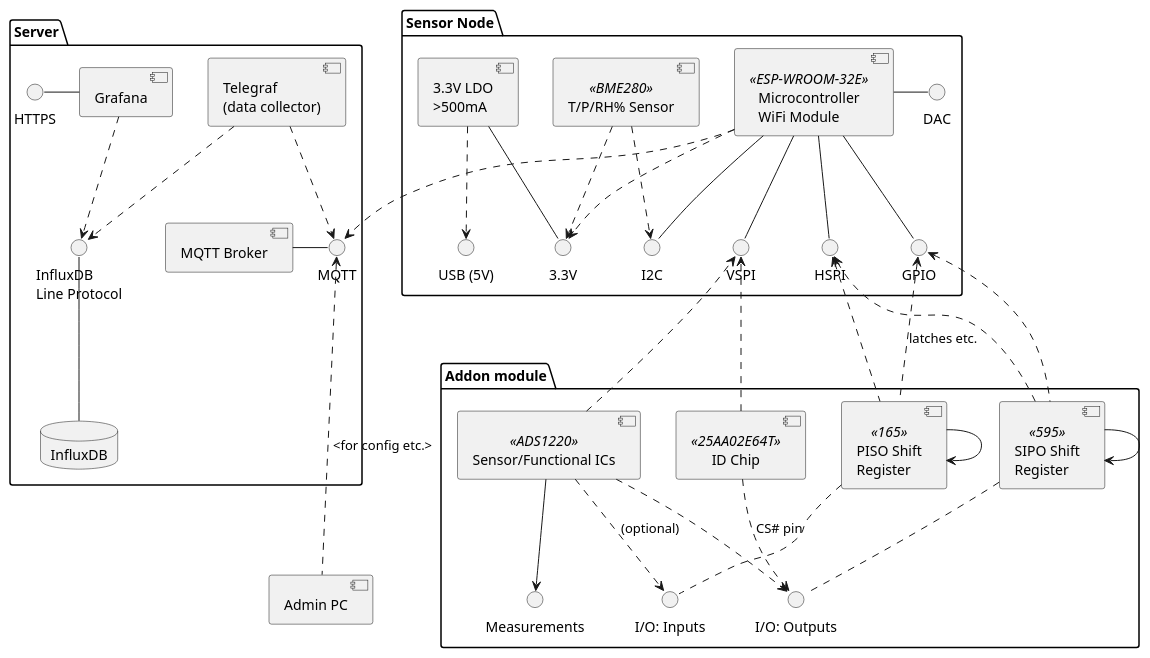
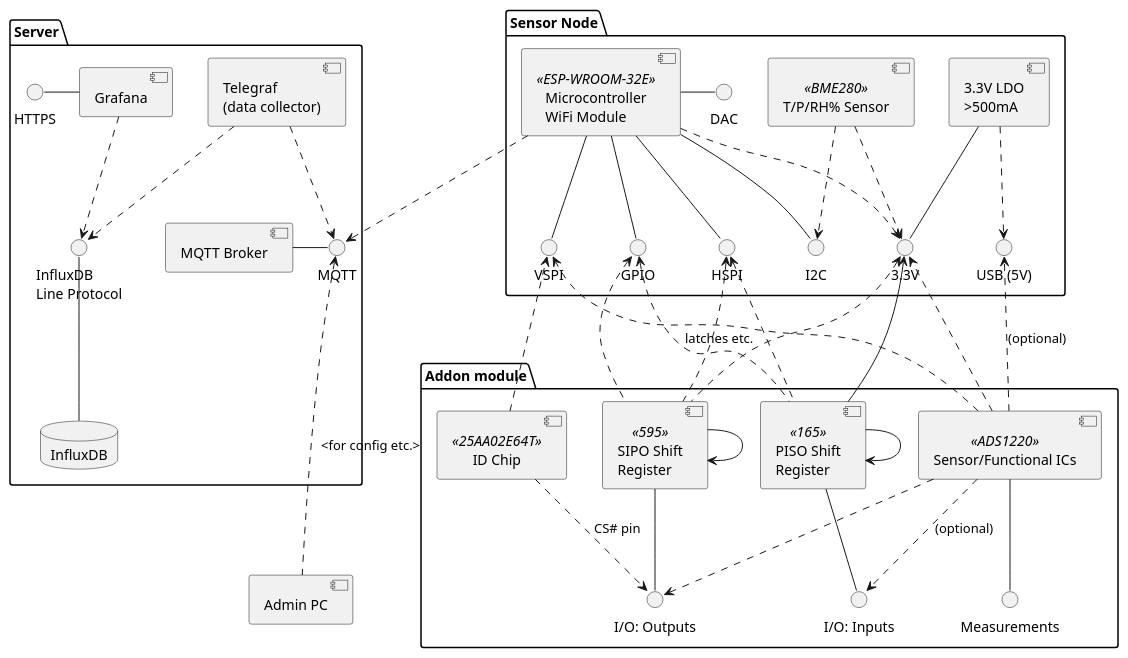
One commit to Tulitomaatti/mittari changed the diagram in docs/components.puml. Above: the diagram before and after it, drawn with PlantUML. The commit also changed 1 other file, not shown here.

Commit message:
Tuned component diagram.

```diff
--- a/docs/components.puml
+++ b/docs/components.puml
@@ -1,85 +1,90 @@
 @startuml
 
 package snode as "Sensor Node" {
     component esp32 as "Microcontroller\nWiFi Module" <<ESP-WROOM-32E>> 
     component ldo as "3.3V LDO\n>500mA"
     component BME280 as "T/P/RH% Sensor" <<BME280>> 
     interface "3.3V"
     interface USB as "USB (5V)"
     interface VSPI
     interface HSPI 
     interface I2C 
     interface DAC 
     interface GPIO
 }
 
 package module as "Addon module" {
     component sipo_sr as "SIPO Shift\nRegister" <<595>>
     component piso_sr as "PISO Shift\nRegister" <<165>>
     component id_eeprom as "ID Chip" <<25AA02E64T>>
     component sensor as "Sensor/Functional ICs" <<ADS1220>> 
 
     interface measurement as "Measurements"
     interface module_inputs as "I/O: Inputs"
     interface module_outputs as "I/O: Outputs"
 }
 
 
 package server as "Server" {
     component mqtt_broker as "MQTT Broker"
     interface mqtt as "MQTT"
 
     component telegraf as "Telegraf\n(data collector)"
     database db as "InfluxDB"
     interface influx as "InfluxDB\nLine Protocol"
 
     component grafana as "Grafana"
     interface HTTPS 
 }
 
 component pc as "Admin PC"
 
 
 'server -[hidden]- snode
 'snode -[hidden]- module 
 
 telegraf ..> mqtt 
 telegraf ..> influx 
 grafana ..> influx 
 grafana -left- HTTPS 
 ldo -- 3.3V
 ldo ..> USB  
 esp32 ..> 3.3V
 esp32 ..> mqtt
 esp32 -d- VSPI
 esp32 -- HSPI
 esp32 -- I2C 
 esp32 -r- DAC
 esp32 -- GPIO
 BME280 ..> I2C
 BME280 ..> 3.3V
 mqtt_broker - mqtt 
 db -up- influx
 
-piso_sr .. module_inputs
-sipo_sr .. module_outputs
+piso_sr -d- module_inputs
+sipo_sr -d- module_outputs
 HSPI <.. sipo_sr
 HSPI <.. piso_sr
 GPIO <.. piso_sr : latches etc. 
 GPIO <.. sipo_sr
 sipo_sr --> sipo_sr
 piso_sr --> piso_sr
+sipo_sr .u.> 3.3V
+piso_sr -u-> 3.3V
+
 
 
 id_eeprom ..> module_outputs : CS# pin 
 id_eeprom ..> VSPI
 
 sensor ..> VSPI 
 sensor ..> module_outputs
 sensor ..> module_inputs : (optional)
-sensor -d-> measurement
+sensor -d- measurement
+sensor ..> 3.3V
+sensor ..> USB : (optional)
 
 pc .up..> mqtt : <for config etc.> 
 
 
 @enduml
```
